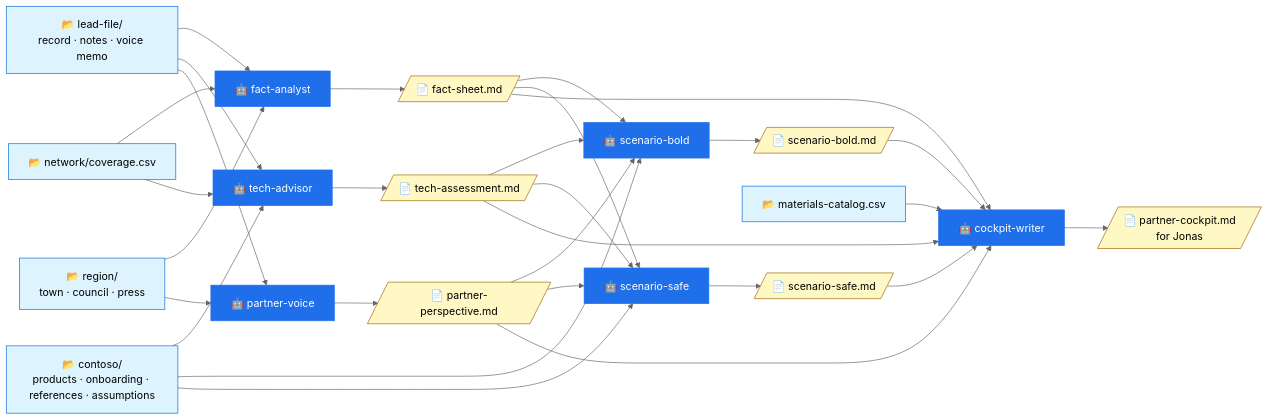
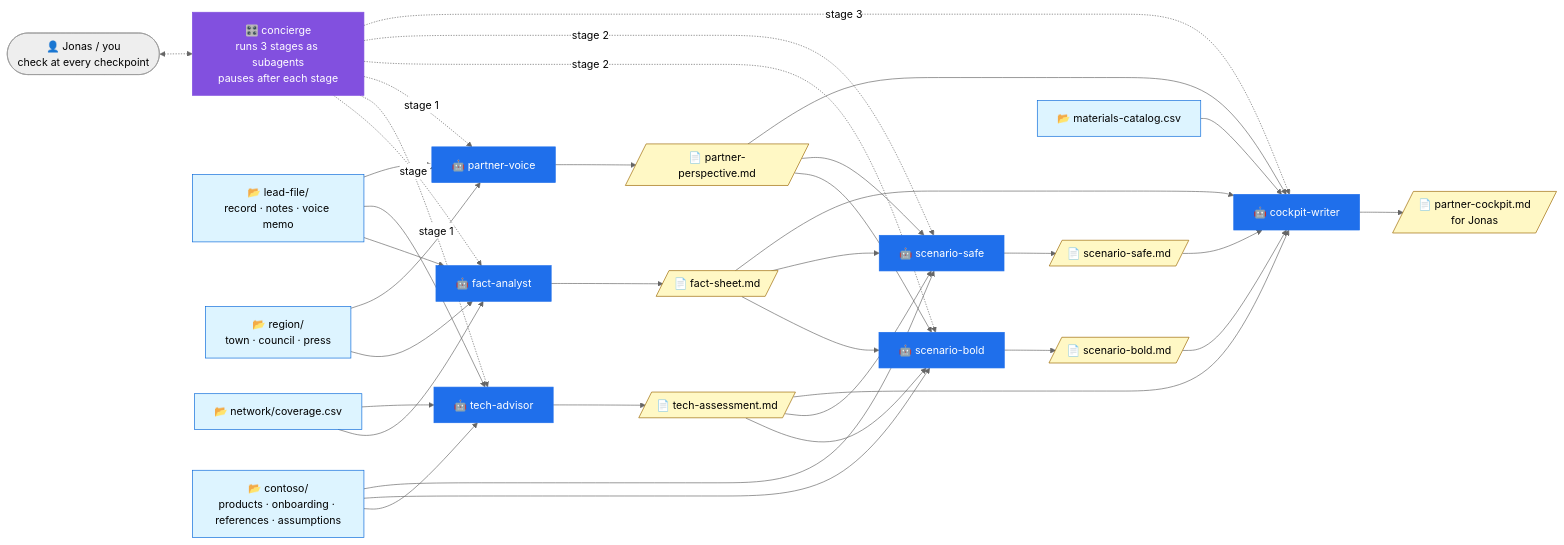
Before and after one commit to LaetitiaMa1410/ghcp-agent-team-lab: the diagram in partner-cockpit/solutions/architecture.md, drawn with Mermaid (neutral theme). The commit also changed other lines of this file and 22 other files, not shown here.

Commit message:
Extend lab to 3h: detailed use-case briefs, stakeholder interview agents, full architecture session, orchestrator checkpoints

````diff
--- a/partner-cockpit/solutions/architecture.md
+++ b/partner-cockpit/solutions/architecture.md
@@ -12,26 +12,32 @@
 ```mermaid
 flowchart LR
+  U(["👤 Jonas / you<br/>check at every checkpoint"]) <-.-> CON["🎛️ concierge<br/>runs 3 stages as subagents<br/>pauses after each stage"]
+  CON -.->|stage 1| F & T & P
+  CON -.->|stage 2| B & S
+  CON -.->|stage 3| C
   lead["📂 lead-file/<br/>record · notes · voice memo"] --> F & T & P
   region["📂 region/<br/>town · council · press"] --> F & P
   net["📂 network/coverage.csv"] --> F & T
   contoso["📂 contoso/<br/>products · onboarding · references · assumptions"] --> T & B & S
 
   F["🤖 fact-analyst"] --> OF[/"📄 fact-sheet.md"/]
   T["🤖 tech-advisor"] --> OT[/"📄 tech-assessment.md"/]
   P["🤖 partner-voice"] --> OP[/"📄 partner-perspective.md"/]
 
   OF & OT & OP --> B["🤖 scenario-bold"] & S["🤖 scenario-safe"]
   B --> OB[/"📄 scenario-bold.md"/]
   S --> OS[/"📄 scenario-safe.md"/]
 
   OF & OT & OP & OB & OS --> C["🤖 cockpit-writer"]
   mat["📂 materials-catalog.csv"] --> C
   C --> OC[/"📄 partner-cockpit.md<br/>for Jonas"/]
 
   classDef agent fill:#1f6feb,color:#fff,stroke:#1f6feb
   classDef file fill:#fff8c5,stroke:#9a6700,color:#000
   classDef src fill:#ddf4ff,stroke:#0969da,color:#000
+  classDef orch fill:#8250df,color:#fff,stroke:#8250df
   class F,T,P,B,S,C agent
+  class CON orch
   class OF,OT,OP,OB,OS,OC file
   class lead,region,net,contoso,mat src
 ```
````
